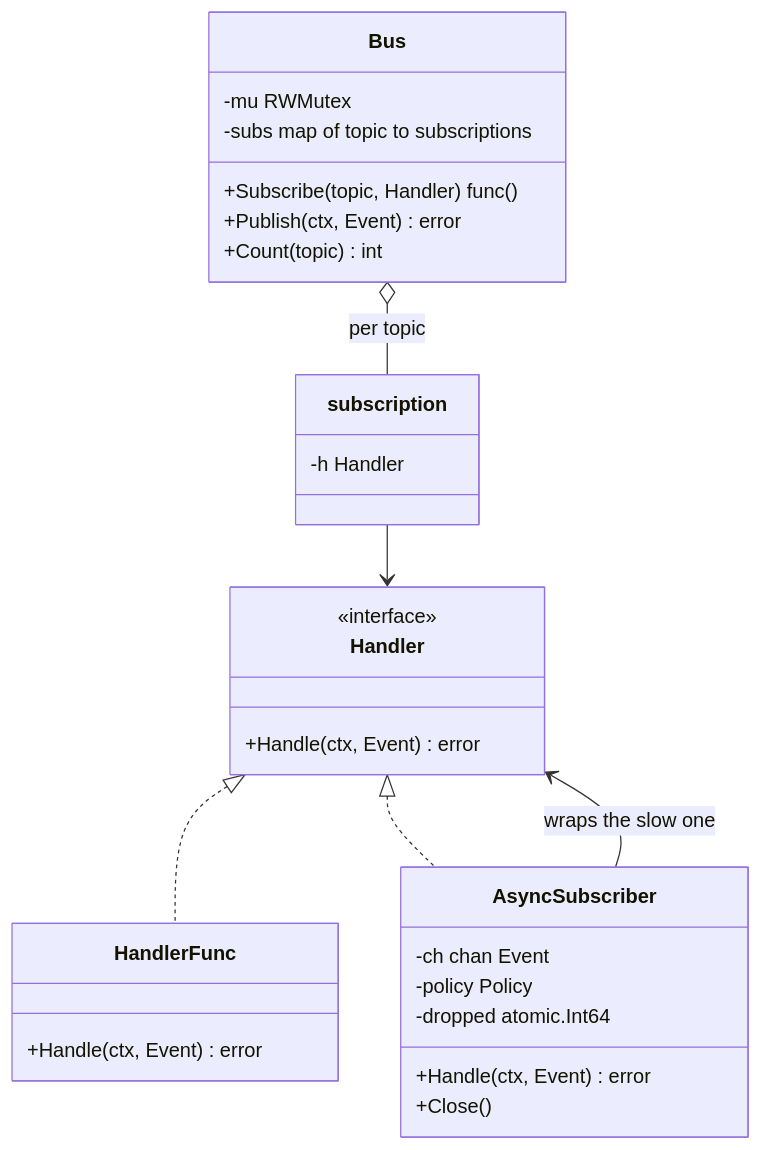
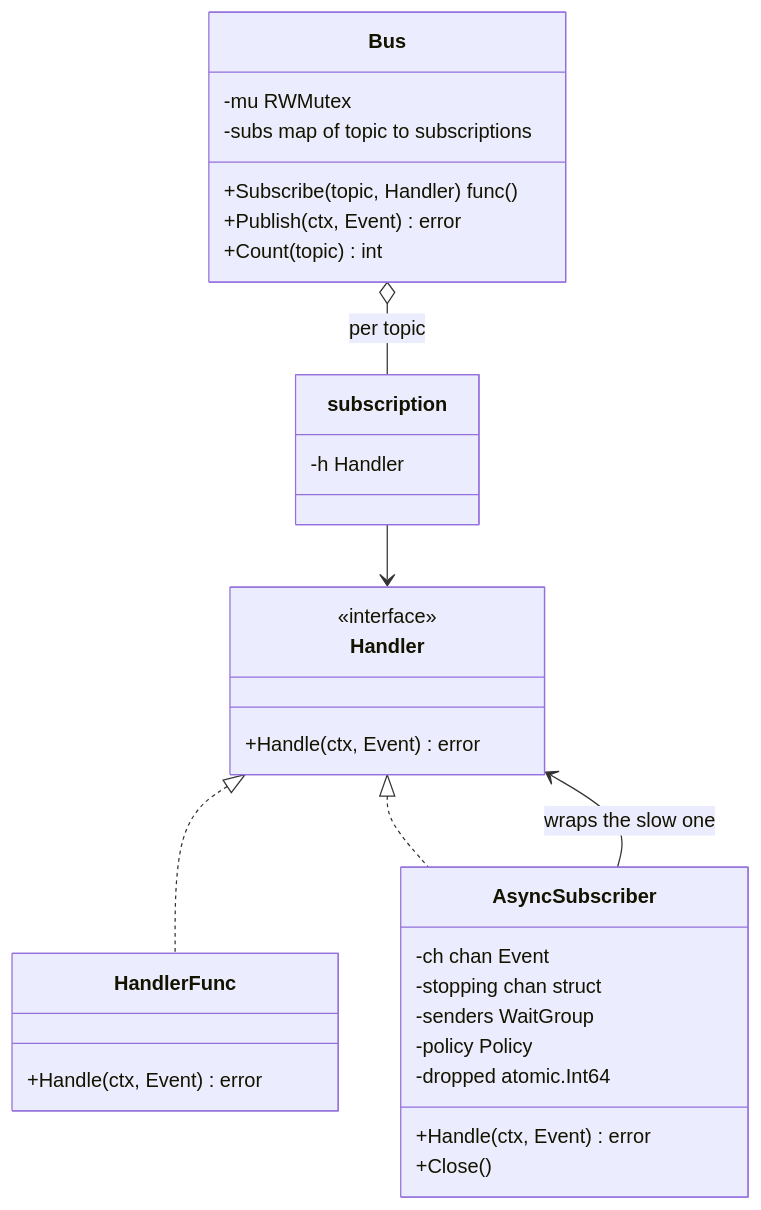
Before and after one commit to PriyanshuMidha/System_Design_notes: the first of 2 diagrams in 17 LLD/Patterns/Observer and Event Bus.md, drawn with Mermaid. The commit also changed other lines of this file and 250 other files, not shown here.

````diff
--- a/17 LLD/Patterns/Observer and Event Bus.md
+++ b/17 LLD/Patterns/Observer and Event Bus.md
@@ -43,32 +49,34 @@
 ```mermaid
 classDiagram
     class Handler {
         <<interface>>
         +Handle(ctx, Event) error
     }
     class HandlerFunc {
         +Handle(ctx, Event) error
     }
     class Bus {
         -mu RWMutex
         -subs map of topic to subscriptions
         +Subscribe(topic, Handler) func()
         +Publish(ctx, Event) error
         +Count(topic) int
     }
     class subscription {
         -h Handler
     }
     class AsyncSubscriber {
         -ch chan Event
+        -stopping chan struct
+        -senders WaitGroup
         -policy Policy
         -dropped atomic.Int64
         +Handle(ctx, Event) error
         +Close()
     }
     Handler <|.. HandlerFunc
     Handler <|.. AsyncSubscriber
     Bus o-- subscription : per topic
     subscription --> Handler
     AsyncSubscriber --> Handler : wraps the slow one
 ```
````
